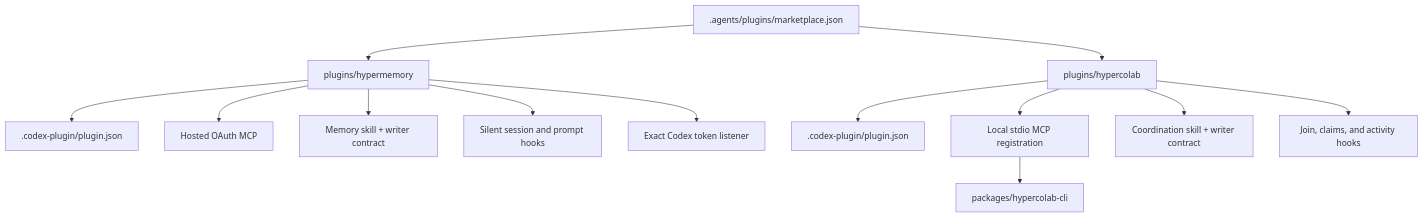
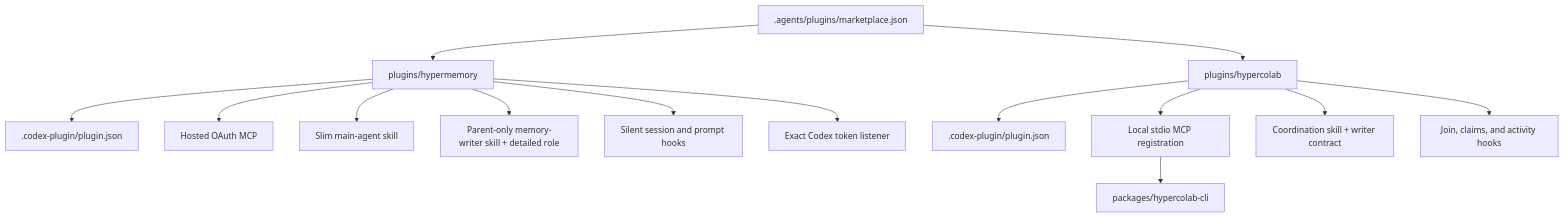
One commit to hypermemory-ai/hm-plugin-kimi changed the first of 3 diagrams in docs/ARCHITECTURE.md. Above: the diagram before and after it, drawn with Mermaid. The commit also changed other lines of this file and 17 other files, not shown here.

````diff
--- a/docs/ARCHITECTURE.md
+++ b/docs/ARCHITECTURE.md
@@ -9,17 +9,18 @@
 ```mermaid
 flowchart TD
     Marketplace[".agents/plugins/marketplace.json"] --> HM["plugins/hypermemory"]
     Marketplace --> HC["plugins/hypercolab"]
 
     HM --> HMM[".codex-plugin/plugin.json"]
     HM --> HMMCP["Hosted OAuth MCP"]
-    HM --> HMSkill["Memory skill + writer contract"]
+    HM --> HMSkill["Slim main-agent skill"]
+    HM --> HMWRole["Parent-only memory-writer skill + detailed role"]
     HM --> HMHooks["Silent session and prompt hooks"]
     HM --> HMToken["Exact Codex token listener"]
 
     HC --> HCM[".codex-plugin/plugin.json"]
     HC --> HCMCP["Local stdio MCP registration"]
     HC --> HCSkill["Coordination skill + writer contract"]
     HC --> HCHooks["Join, claims, and activity hooks"]
     HCMCP --> CLI["packages/hypercolab-cli"]
 ```
````
